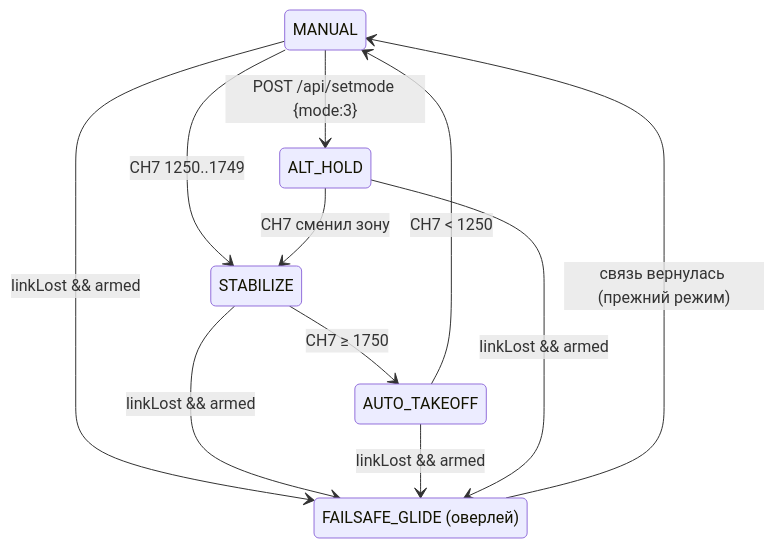
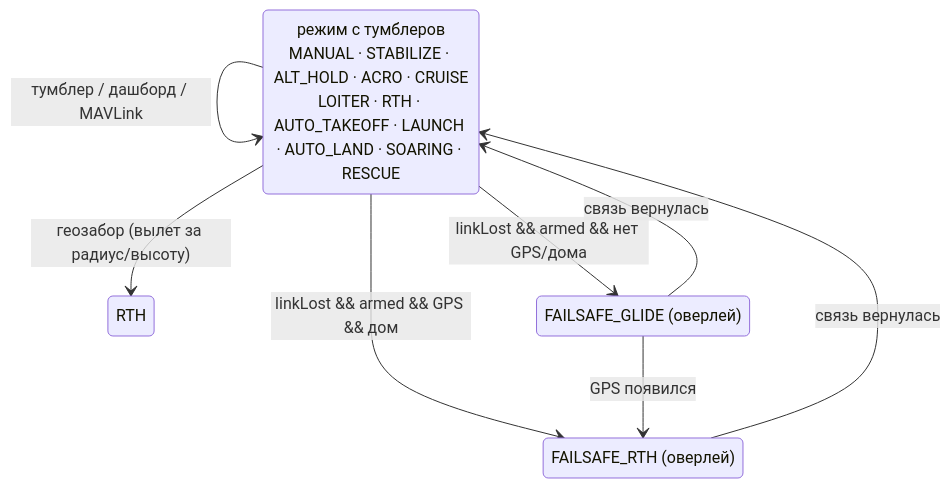
The eighth of 10 diagrams in docs/ARCHITECTURE.md (damir-lebedev/OpenPlaneProject), drawn with Mermaid before and after one commit. The commit also changed other lines of this file and 60 other files, not shown here.

````diff
--- a/docs/ARCHITECTURE.md
+++ b/docs/ARCHITECTURE.md
@@ -423,14 +472,14 @@
 ```mermaid
 stateDiagram-v2
-    MANUAL --> STABILIZE : CH7 1250..1749
-    STABILIZE --> AUTO_TAKEOFF : CH7 ≥ 1750
-    AUTO_TAKEOFF --> MANUAL : CH7 < 1250
-    MANUAL --> ALT_HOLD : POST /api/setmode {mode:3}
-    ALT_HOLD --> STABILIZE : CH7 сменил зону
+    state "режим с тумблеров<br/>MANUAL · STABILIZE · ALT_HOLD · ACRO · CRUISE<br/>LOITER · RTH · AUTO_TAKEOFF · LAUNCH · AUTO_LAND · SOARING · RESCUE" as MODE
+    state "FAILSAFE_RTH (оверлей)" as FRTH
     state "FAILSAFE_GLIDE (оверлей)" as GLIDE
-    MANUAL --> GLIDE : linkLost && armed
-    STABILIZE --> GLIDE : linkLost && armed
-    AUTO_TAKEOFF --> GLIDE : linkLost && armed
-    ALT_HOLD --> GLIDE : linkLost && armed
-    GLIDE --> MANUAL : связь вернулась (прежний режим)
+    MODE --> MODE : тумблер / дашборд / MAVLink
+    MODE --> RTH_MODE : геозабор (вылет за радиус/высоту)
+    state "RTH" as RTH_MODE
+    MODE --> FRTH : linkLost && armed && GPS && дом
+    MODE --> GLIDE : linkLost && armed && нет GPS/дома
+    FRTH --> MODE : связь вернулась
+    GLIDE --> MODE : связь вернулась
+    GLIDE --> FRTH : GPS появился
 ```
````
